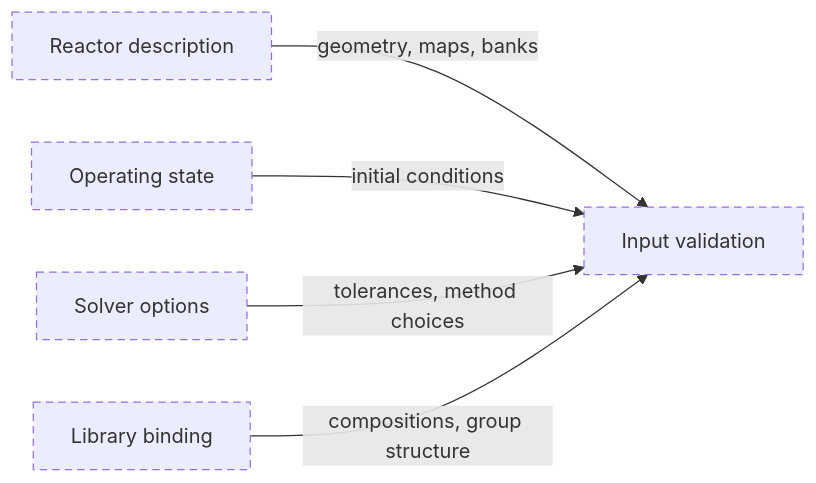
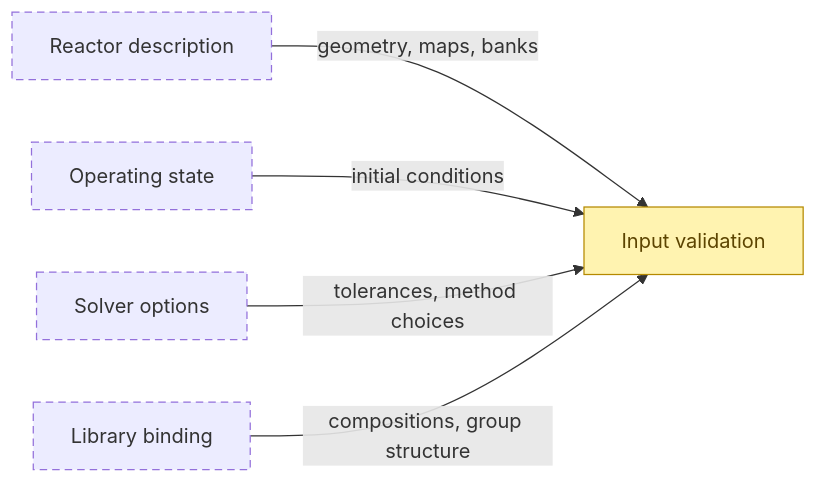
Before and after one commit to aurja130/URUS: the second of 15 diagrams in Planning/DBC/CONCEPTS.md, drawn with Mermaid. The commit also changed other lines of this file and 4 other files, not shown here.

````diff
--- a/Planning/DBC/CONCEPTS.md
+++ b/Planning/DBC/CONCEPTS.md
@@ -57,12 +58,13 @@
 ```mermaid
 flowchart LR
 classDef implemented fill:#c8e6c9,stroke:#2e7d32,color:#1b5e20
 classDef partial fill:#fff3b0,stroke:#b58900,color:#5c4400
 classDef planned stroke-dasharray:6 4
 classDef external fill:#eeeeee,stroke:#9e9e9e,stroke-dasharray:1 3,color:#616161
 ReactorDescription["Reactor description"] -->|geometry, maps, banks| InputValidation["Input validation"]
 OperatingState["Operating state"] -->|initial conditions| InputValidation
 SolverOptions["Solver options"] -->|tolerances, method choices| InputValidation
 LibraryBinding["Library binding"] -->|compositions, group structure| InputValidation
-class ReactorDescription,OperatingState,SolverOptions,LibraryBinding,InputValidation planned
+class ReactorDescription,OperatingState,SolverOptions,LibraryBinding planned
+class InputValidation partial
 ```
````
